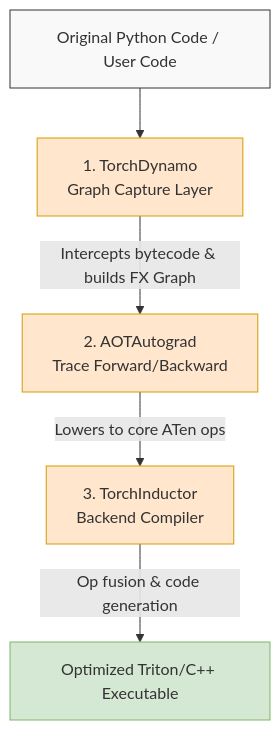
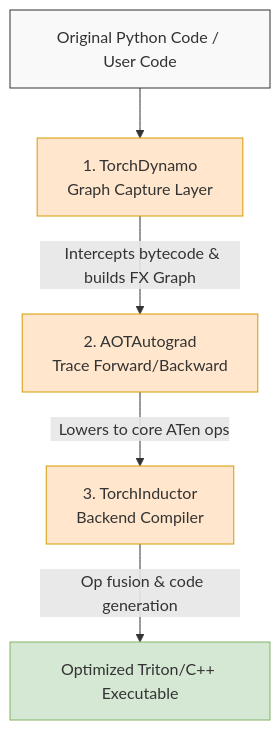
One commit to whk-lab/whk-lab.github.io changed the first of 5 diagrams in _posts/2026-03-18-deep-dive-into-vllm-torch-compile.md. Above: the diagram before and after it, drawn with Mermaid. The commit also changed other lines of this file, not shown here.

Commit message:
chore(blogPost): adjust mermaid tag

````diff
--- a/_posts/2026-03-18-deep-dive-into-vllm-torch-compile.md
+++ b/_posts/2026-03-18-deep-dive-into-vllm-torch-compile.md
@@ -78,16 +78,16 @@
 ```mermaid
 graph TD
     A[Original Python Code / User Code] --> B
     B[1. TorchDynamo <br/> Graph Capture Layer]
-    B -->|Intercepts bytecode & builds FX Graph| C
+    B -->|" &nbsp; Intercepts bytecode & builds FX Graph"| C
     C[2. AOTAutograd <br/> Trace Forward/Backward]
-    C -->|Lowers to core ATen ops| D
+    C -->|" &nbsp; Lowers to core ATen ops"| D
     D[3. TorchInductor <br/> Backend Compiler]
-    D -->|Op fusion & code generation| E[Optimized Triton/C++ Executable]
+    D -->|" &nbsp; Op fusion & code generation"| E[Optimized Triton/C++ Executable]
     
     style A fill:#f9f9f9,stroke:#333
     style B fill:#ffe6cc,stroke:#d79b00
     style C fill:#ffe6cc,stroke:#d79b00
     style D fill:#ffe6cc,stroke:#d79b00
     style E fill:#d5e8d4,stroke:#82b366
 ```
````
